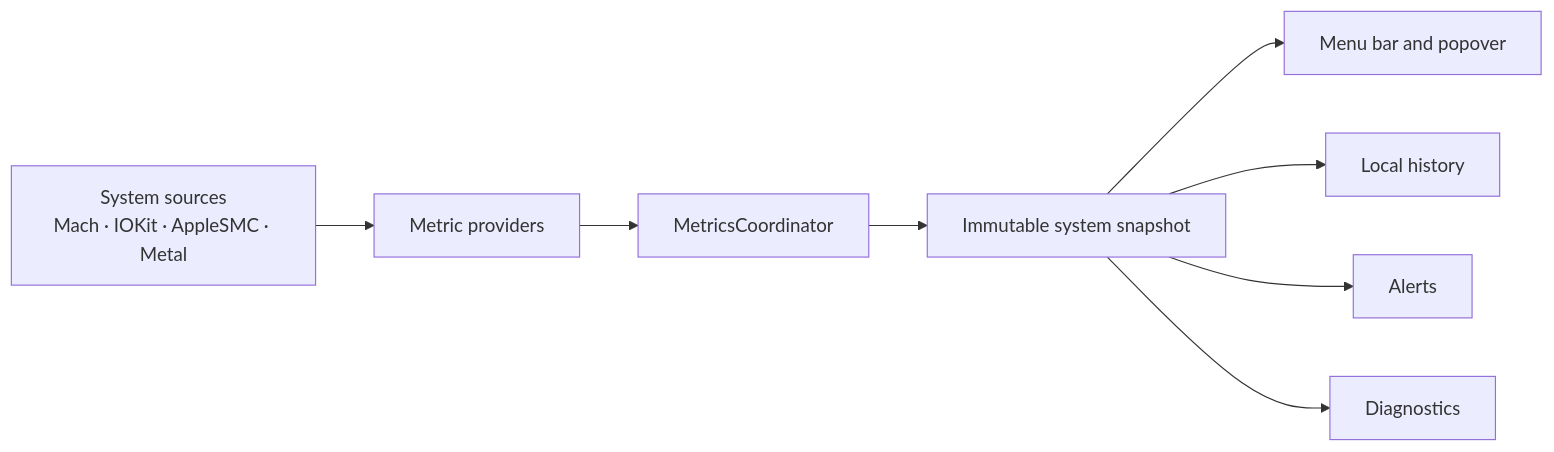
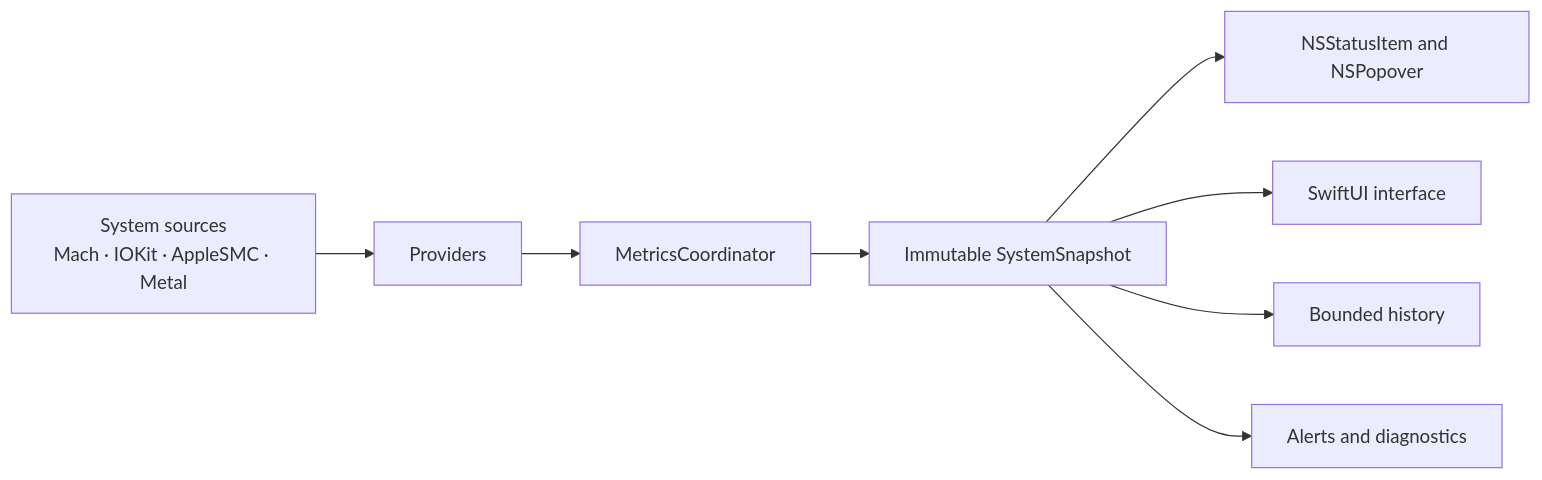
One commit to MishkaStrategy/-MacVitals changed the diagram in README_EN.md. Above: the diagram before and after it, drawn with Mermaid. The commit also changed other lines of this file and 1 other file, not shown here.

````diff
--- a/README_EN.md
+++ b/README_EN.md
@@ -105,10 +115,10 @@
 ```mermaid
 flowchart LR
-    A[System sources\nMach · IOKit · AppleSMC · Metal] --> B[Metric providers]
+    A[System sources\nMach · IOKit · AppleSMC · Metal] --> B[Providers]
     B --> C[MetricsCoordinator]
-    C --> D[Immutable system snapshot]
-    D --> E[Menu bar and popover]
-    D --> F[Local history]
-    D --> G[Alerts]
-    D --> H[Diagnostics]
+    C --> D[Immutable SystemSnapshot]
+    D --> E[NSStatusItem and NSPopover]
+    D --> F[SwiftUI interface]
+    D --> G[Bounded history]
+    D --> H[Alerts and diagnostics]
 ```
````
